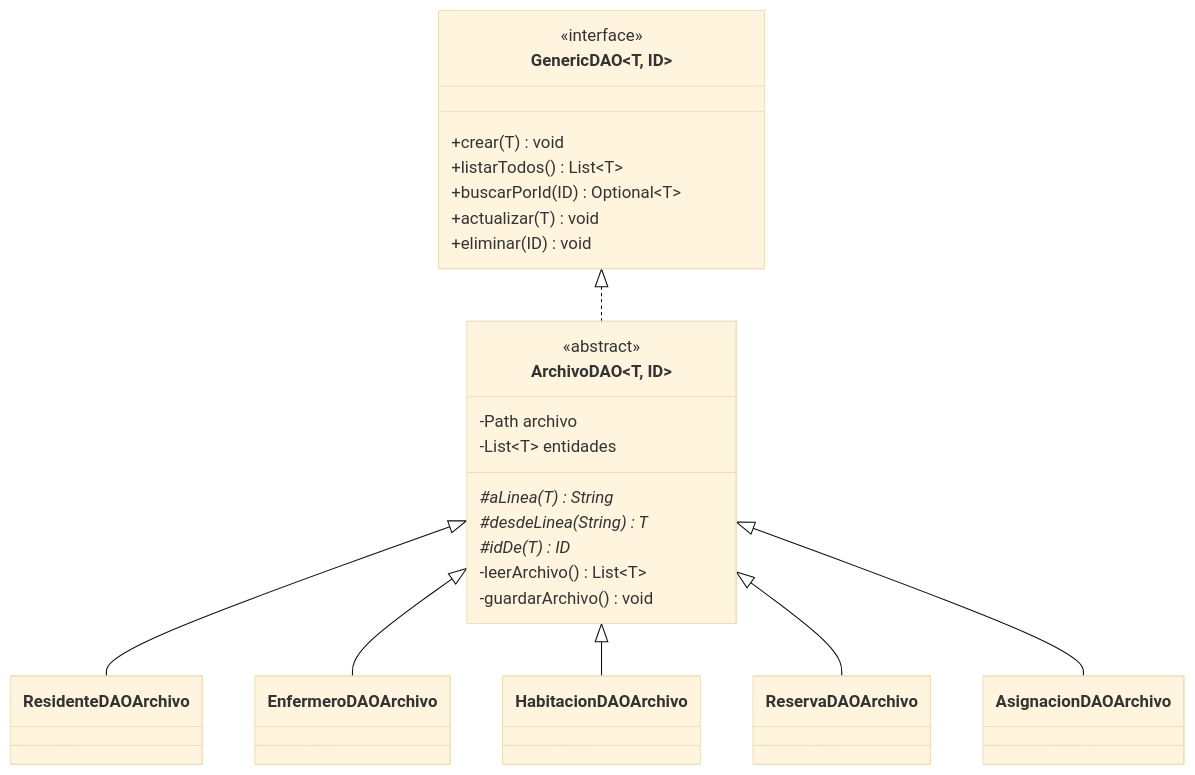
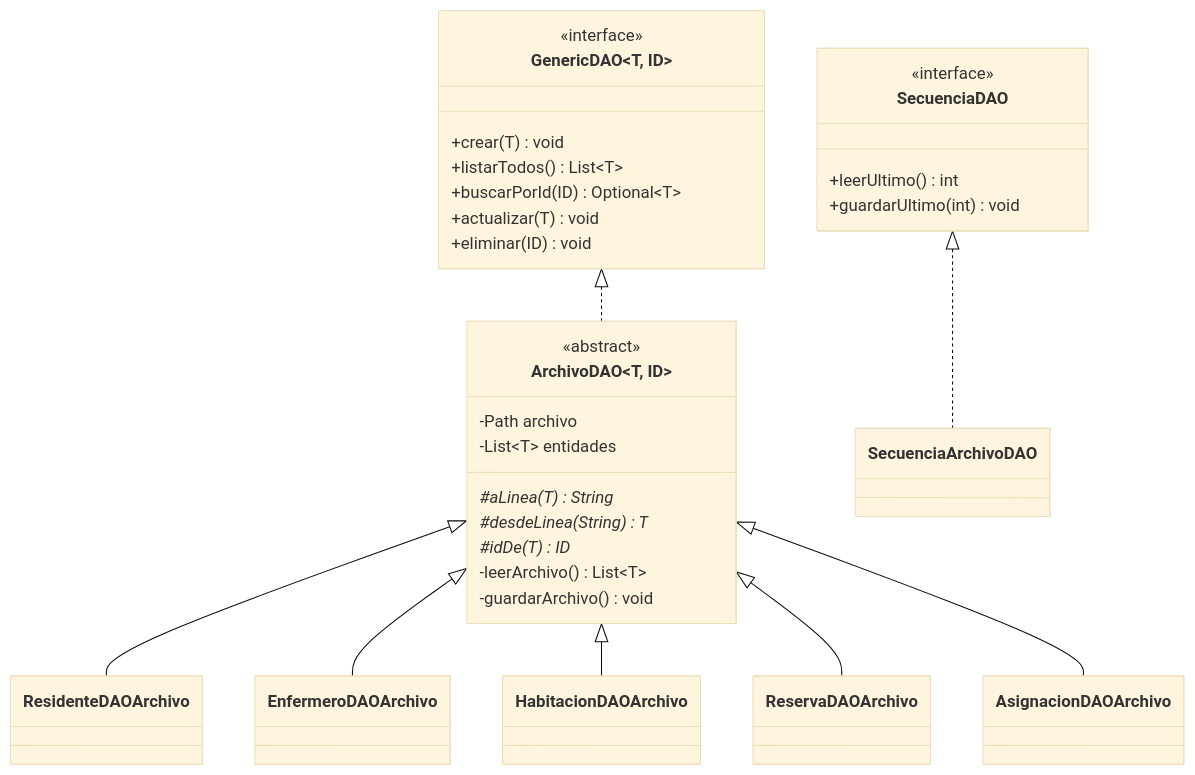
Before and after one commit to Emanuelbig/gestion-residencia-geriatrica-java-mvc: the second of 5 diagrams in docs/UML.md, drawn with Mermaid (base theme). The commit also changed other lines of this file and 33 other files, not shown here.

````diff
--- a/docs/UML.md
+++ b/docs/UML.md
@@ -52,28 +52,34 @@
 ```mermaid
 classDiagram
   direction TB
   class GenericDAO~T, ID~ {
     <<interface>>
     +crear(T) void
     +listarTodos() List~T~
     +buscarPorId(ID) Optional~T~
     +actualizar(T) void
     +eliminar(ID) void
   }
   class ArchivoDAO~T, ID~ {
     <<abstract>>
     -Path archivo
     -List~T~ entidades
     #aLinea(T)* String
     #desdeLinea(String)* T
     #idDe(T)* ID
     -leerArchivo() List~T~
     -guardarArchivo() void
   }
   GenericDAO <|.. ArchivoDAO
   ArchivoDAO <|-- ResidenteDAOArchivo
   ArchivoDAO <|-- EnfermeroDAOArchivo
   ArchivoDAO <|-- HabitacionDAOArchivo
   ArchivoDAO <|-- ReservaDAOArchivo
   ArchivoDAO <|-- AsignacionDAOArchivo
+  class SecuenciaDAO {
+    <<interface>>
+    +leerUltimo() int
+    +guardarUltimo(int) void
+  }
+  SecuenciaDAO <|.. SecuenciaArchivoDAO
 ```
````
